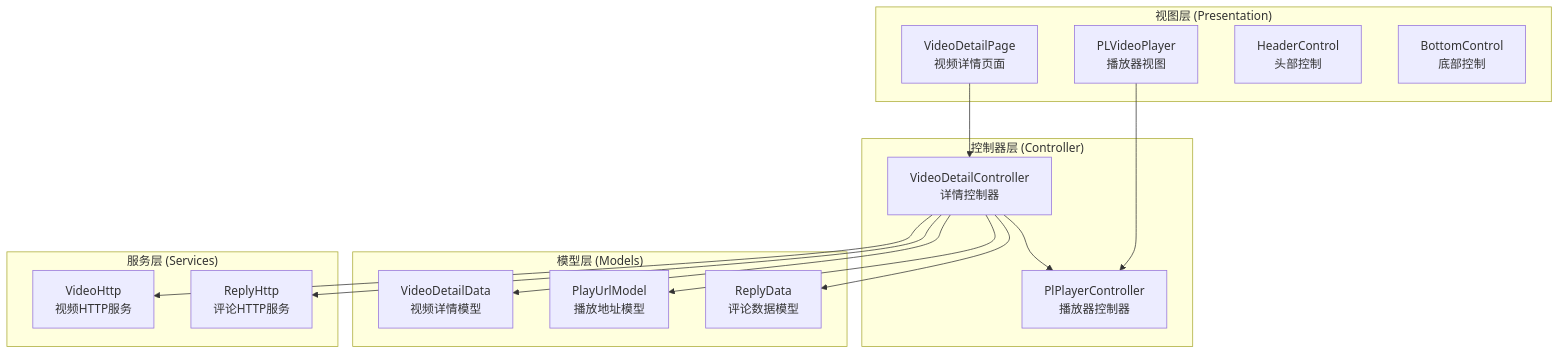
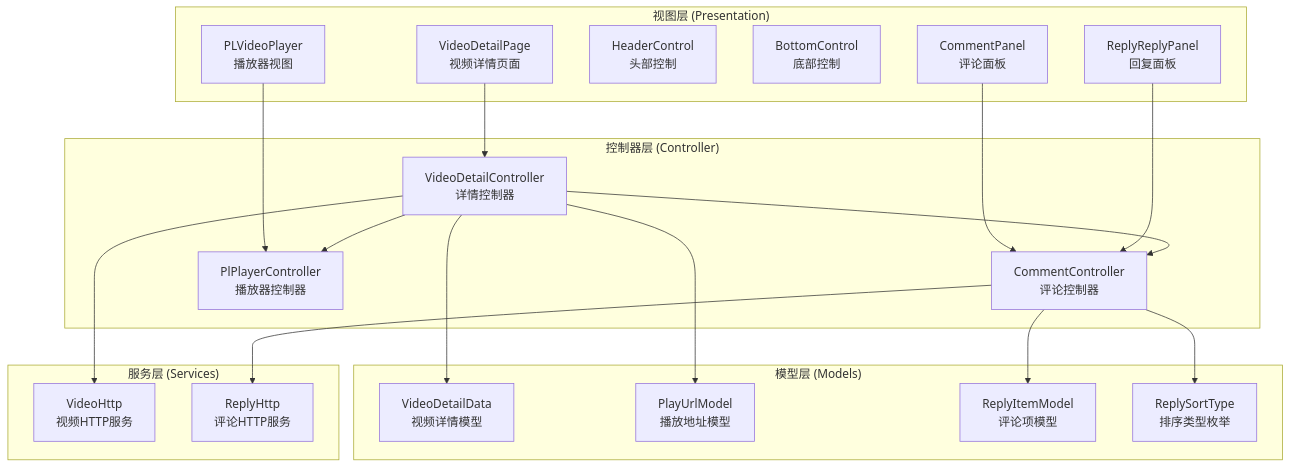
Before and after one commit to justLXX/pilipala: the first of 9 diagrams in .qoder/repowiki/zh/content/核心模块/功能模块/视频播放模块/视频播放模块.md, drawn with Mermaid. The commit also changed other lines of this file and 194 other files, not shown here.

````diff
--- a/.qoder/repowiki/zh/content/核心模块/功能模块/视频播放模块/视频播放模块.md
+++ b/.qoder/repowiki/zh/content/核心模块/功能模块/视频播放模块/视频播放模块.md
@@ -35,30 +49,38 @@
 ```mermaid
 graph TB
 subgraph "视图层 (Presentation)"
 A[VideoDetailPage<br/>视频详情页面]
 B[PLVideoPlayer<br/>播放器视图]
 C[HeaderControl<br/>头部控制]
 D[BottomControl<br/>底部控制]
+E[CommentPanel<br/>评论面板]
+F[ReplyReplyPanel<br/>回复面板]
 end
 subgraph "控制器层 (Controller)"
-E[VideoDetailController<br/>详情控制器]
-F[PlPlayerController<br/>播放器控制器]
+G[VideoDetailController<br/>详情控制器]
+H[CommentController<br/>评论控制器]
+I[PlPlayerController<br/>播放器控制器]
 end
 subgraph "模型层 (Models)"
-G[VideoDetailData<br/>视频详情模型]
-H[PlayUrlModel<br/>播放地址模型]
-I[ReplyData<br/>评论数据模型]
+J[VideoDetailData<br/>视频详情模型]
+K[PlayUrlModel<br/>播放地址模型]
+L[ReplyItemModel<br/>评论项模型]
+M[ReplySortType<br/>排序类型枚举]
 end
 subgraph "服务层 (Services)"
-J[VideoHttp<br/>视频HTTP服务]
-K[ReplyHttp<br/>评论HTTP服务]
+N[VideoHttp<br/>视频HTTP服务]
+O[ReplyHttp<br/>评论HTTP服务]
 end
-A --> E
-B --> F
-E --> F
-E --> G
+A --> G
+B --> I
 E --> H
-E --> I
-E --> J
-E --> K
+F --> H
+G --> I
+G --> J
+G --> K
+G --> H
+H --> L
+H --> M
+G --> N
+H --> O
 ```
````
